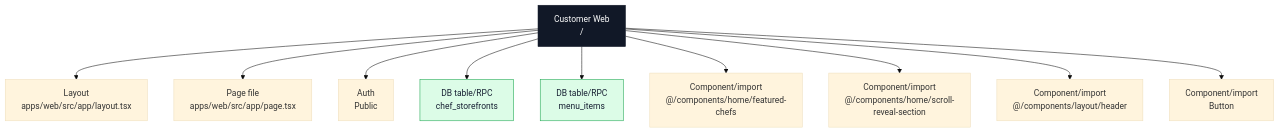
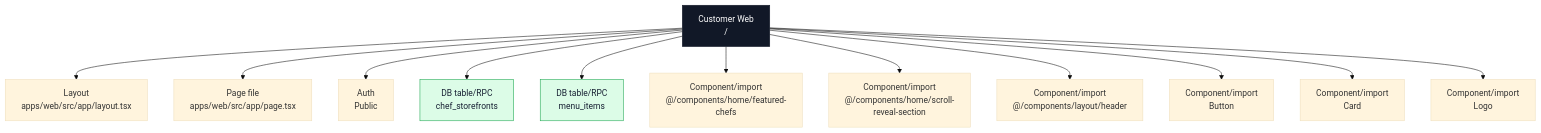
Before and after one commit to Ritenoob/ridendine-marketplace: diagram 21 of 23 in docs/architecture/codebase-map/pages/web-pages.md, drawn with Mermaid (base theme). The commit also changed other lines of this file and 50 other files, not shown here.

````diff
--- a/docs/architecture/codebase-map/pages/web-pages.md
+++ b/docs/architecture/codebase-map/pages/web-pages.md
@@ -1573,28 +1576,32 @@
 ```mermaid
 flowchart TB
   Page["Customer Web<br/>/"]
   Layout["Layout<br/>apps/web/src/app/layout.tsx"]
   File["Page file<br/>apps/web/src/app/page.tsx"]
   Auth["Auth<br/>Public"]
   Page --> Layout
   Page --> File
   Page --> Auth
   Table0["DB table/RPC<br/>chef_storefronts"]
   Page --> Table0
   Table1["DB table/RPC<br/>menu_items"]
   Page --> Table1
   Component0["Component/import<br/>@/components/home/featured-chefs"]
   Page --> Component0
   Component1["Component/import<br/>@/components/home/scroll-reveal-section"]
   Page --> Component1
   Component2["Component/import<br/>@/components/layout/header"]
   Page --> Component2
   Component3["Component/import<br/>Button"]
   Page --> Component3
+  Component4["Component/import<br/>Card"]
+  Page --> Component4
+  Component5["Component/import<br/>Logo"]
+  Page --> Component5
   classDef page fill:#111827,stroke:#111827,color:#ffffff
   classDef data fill:#dcfce7,stroke:#16a34a,color:#172033
   classDef api fill:#dbeafe,stroke:#2563eb,color:#172033
   classDef warn fill:#fef3c7,stroke:#f59e0b,color:#172033
   class Page page
   class Table0,Table1 data
 ```
````
